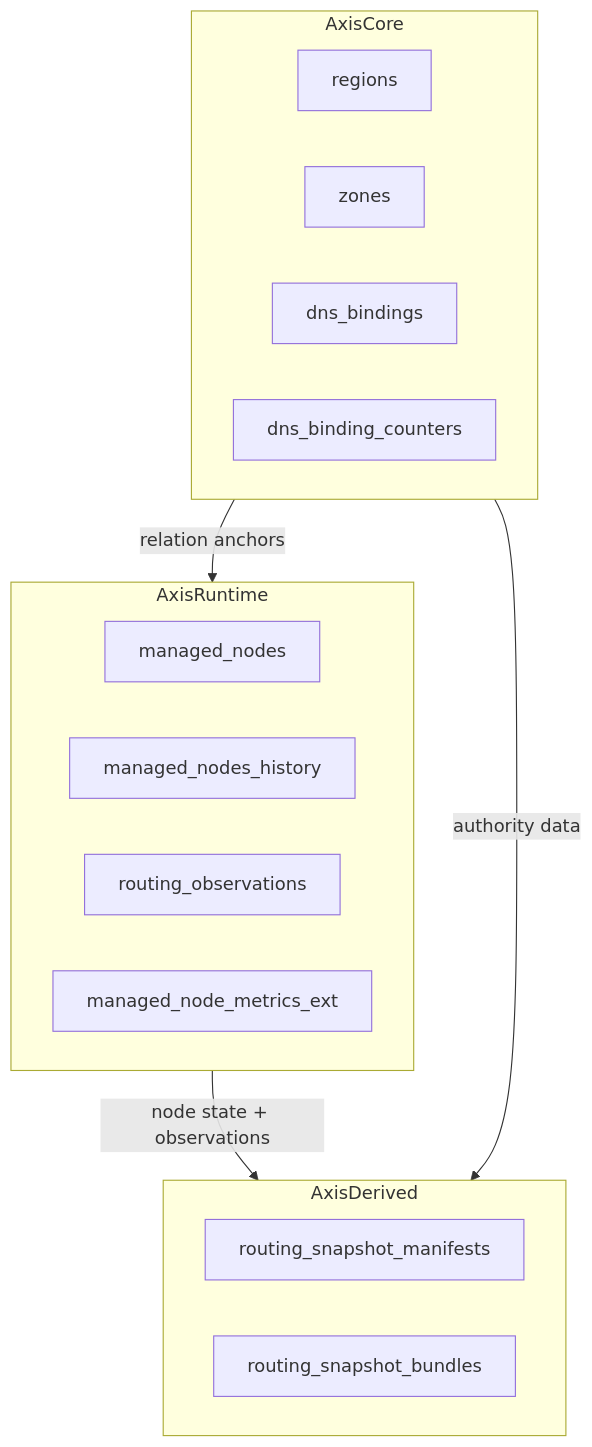
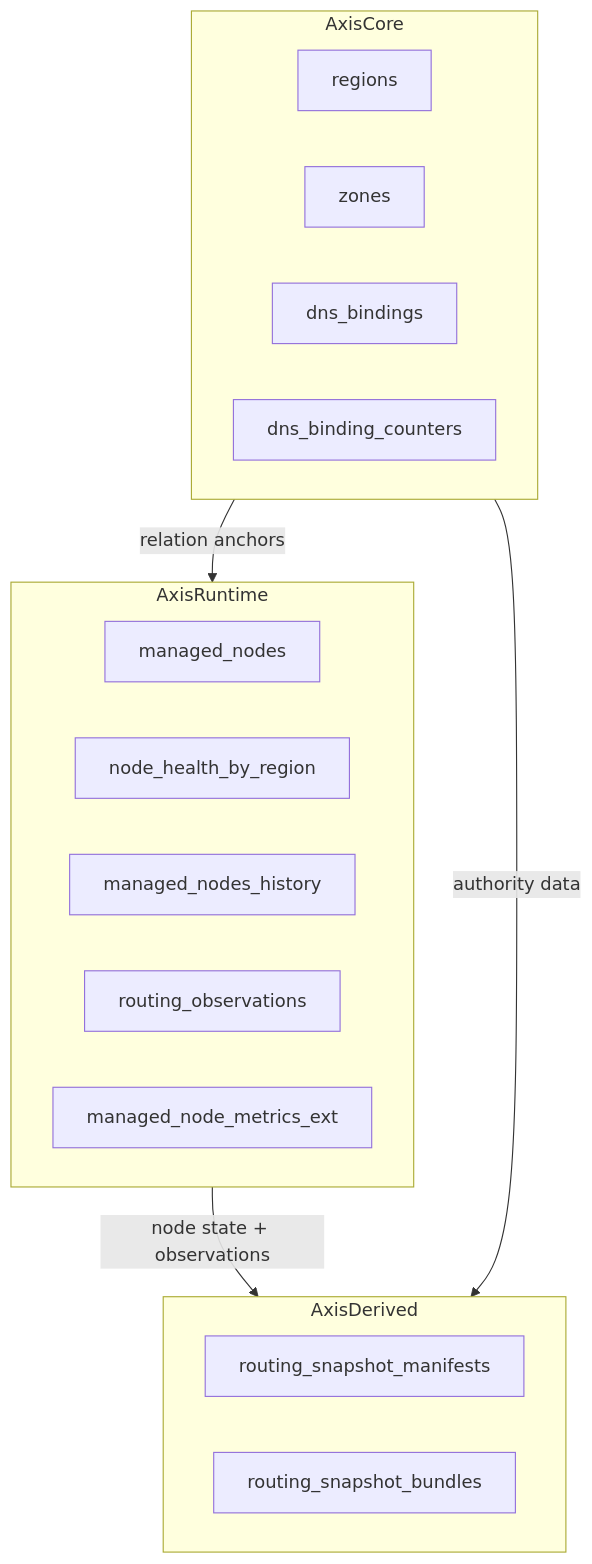
Before and after one commit to SamuelFan1/Axis: the diagram in TABLES.md, drawn with Mermaid. The commit also changed other lines of this file and 12 other files, not shown here.

````diff
--- a/TABLES.md
+++ b/TABLES.md
@@ -14,25 +14,26 @@
 ```mermaid
 flowchart TD
     subgraph axisCore [AxisCore]
         regions[regions]
         zones[zones]
         dnsBindings[dns_bindings]
         dnsCounters[dns_binding_counters]
     end
 
     subgraph axisRuntime [AxisRuntime]
         managedNodes[managed_nodes]
+        nodeHealthByRegion[node_health_by_region]
         managedNodesHistory[managed_nodes_history]
         routingObservations[routing_observations]
         managedNodeMetricsExt[managed_node_metrics_ext]
     end
 
     subgraph axisDerived [AxisDerived]
         routingSnapshotManifests[routing_snapshot_manifests]
         routingSnapshotBundles[routing_snapshot_bundles]
     end
 
     axisCore -->|"relation anchors"| axisRuntime
     axisRuntime -->|"node state + observations"| axisDerived
     axisCore -->|"authority data"| axisDerived
 ```
````
